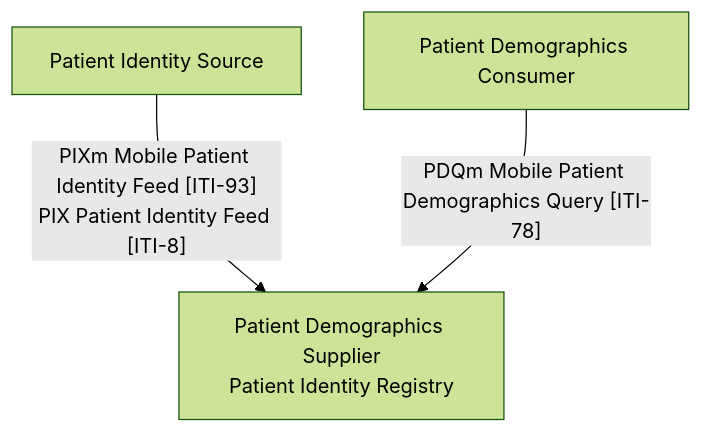
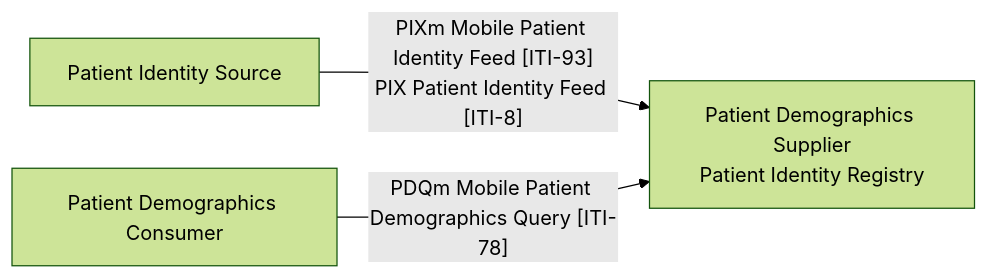
One commit to nw-gmsa/nw-gmsa.github.com changed the first of 7 diagrams in input/pagecontent/HIE.md. Above: the diagram before and after it, drawn with Mermaid (forest theme). The commit also changed other lines of this file, not shown here.

````diff
--- a/input/pagecontent/HIE.md
+++ b/input/pagecontent/HIE.md
@@ -41,10 +44,10 @@
 ```mermaid
-graph
+graph LR
 
   source[Patient Identity Source]
   consumer[Patient Demographics Consumer]
-  mpi[Patient Demographics Supplier<br/>Patient Identity Registry<br/>]
+  mpi[Patient Demographics Supplier<br/>Patient Identity Registry]
 
   source --> |"PIXm Mobile Patient Identity Feed [ITI-93]<br/>PIX Patient Identity Feed [ITI-8]"| mpi
   consumer --> |"PDQm Mobile Patient Demographics Query [ITI-78]"| mpi
 ```
````
